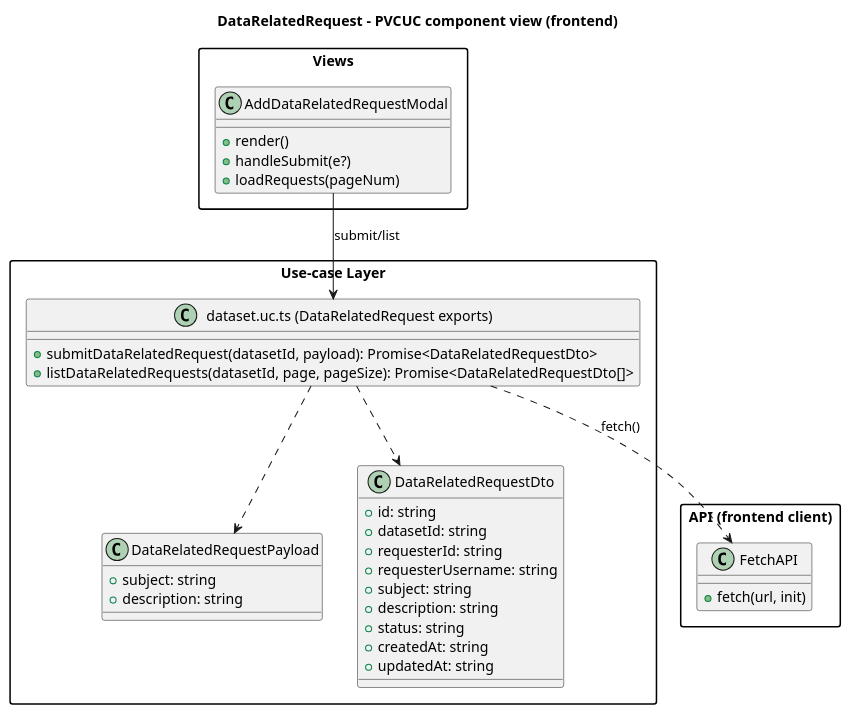
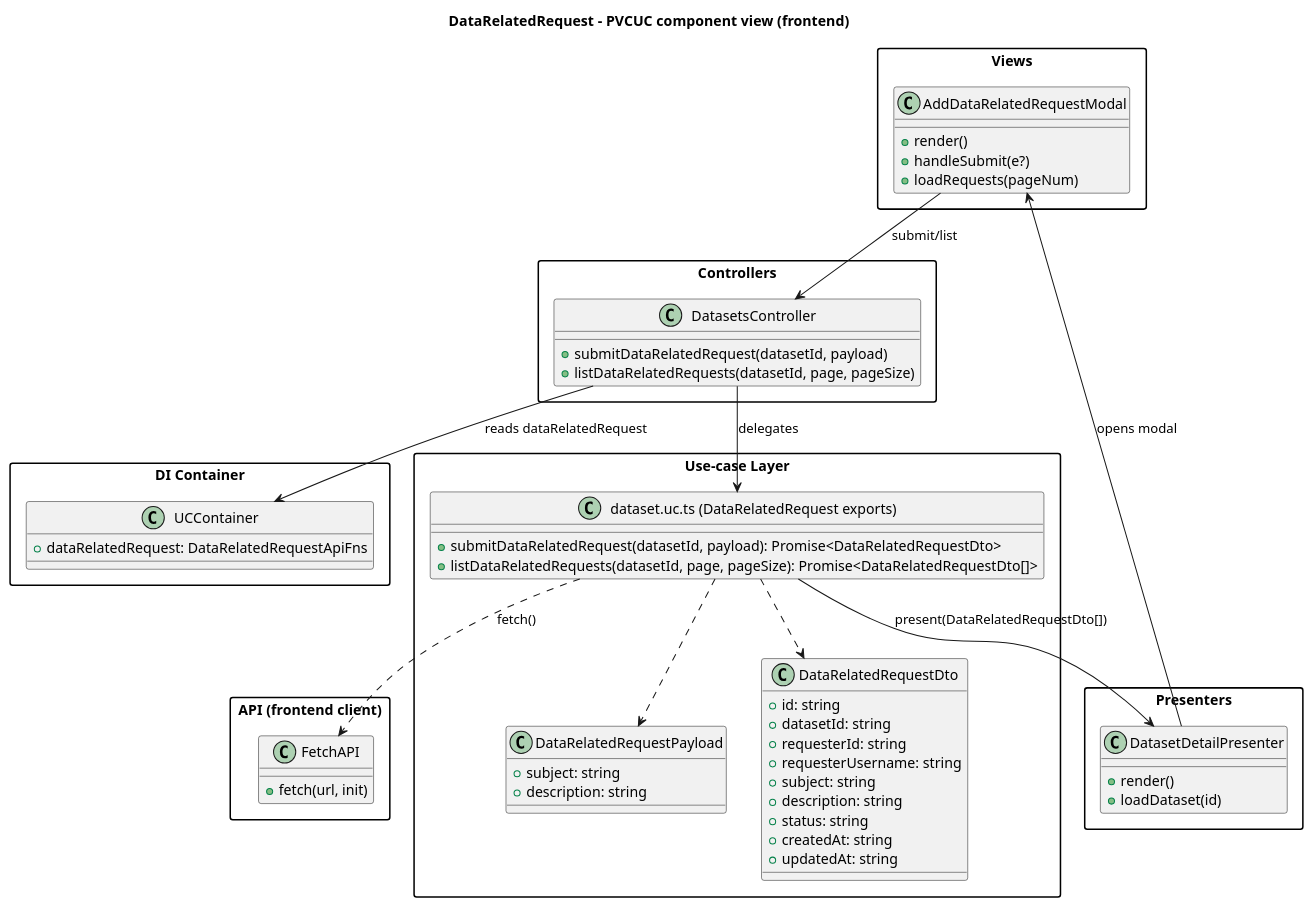
The diagram in diagrams/class/dataRelatedRequestModule.puml (POP2025-EEPW/doorce-frontend), drawn with PlantUML before and after one commit.

Commit message:
feat: Update UML diagram for data related request module

```diff
--- a/diagrams/class/dataRelatedRequestModule.puml
+++ b/diagrams/class/dataRelatedRequestModule.puml
@@ -1,48 +1,73 @@
 @startuml
 title DataRelatedRequest - PVCUC component view (frontend)
 
 skinparam packageStyle rectangle
 
 package "Views" {
   class AddDataRelatedRequestModal {
     +render()
     +handleSubmit(e?)
     +loadRequests(pageNum)
+  }
+}
+
+package "Presenters" {
+  class DatasetDetailPresenter {
+    +render()
+    +loadDataset(id)
+  }
+}
+
+package "Controllers" {
+  class DatasetsController {
+    +submitDataRelatedRequest(datasetId, payload)
+    +listDataRelatedRequests(datasetId, page, pageSize)
   }
 }
 
 package "Use-case Layer" {
   class "dataset.uc.ts (DataRelatedRequest exports)" as DataRelatedRequestApiFns {
     +submitDataRelatedRequest(datasetId, payload): Promise<DataRelatedRequestDto>
     +listDataRelatedRequests(datasetId, page, pageSize): Promise<DataRelatedRequestDto[]>
   }
 
   class DataRelatedRequestPayload {
     +subject: string
     +description: string
   }
 
   class DataRelatedRequestDto {
     +id: string
     +datasetId: string
     +requesterId: string
     +requesterUsername: string
     +subject: string
     +description: string
     +status: string
     +createdAt: string
     +updatedAt: string
   }
 }
 
+package "DI Container" {
+  class UCContainer {
+    +dataRelatedRequest: DataRelatedRequestApiFns
+  }
+}
+
 package "API (frontend client)" {
   class FetchAPI {
     +fetch(url, init)
   }
 }
 
-AddDataRelatedRequestModal --> DataRelatedRequestApiFns : submit/list
+DatasetDetailPresenter --> AddDataRelatedRequestModal : opens modal
+AddDataRelatedRequestModal --> DatasetsController : submit/list
+DatasetsController --> UCContainer : reads dataRelatedRequest
+DatasetsController --> DataRelatedRequestApiFns : delegates
 DataRelatedRequestApiFns ..> FetchAPI : fetch()
+
 DataRelatedRequestApiFns ..> DataRelatedRequestPayload
 DataRelatedRequestApiFns ..> DataRelatedRequestDto
+DataRelatedRequestApiFns --> DatasetDetailPresenter : present(DataRelatedRequestDto[])
 @enduml
```
